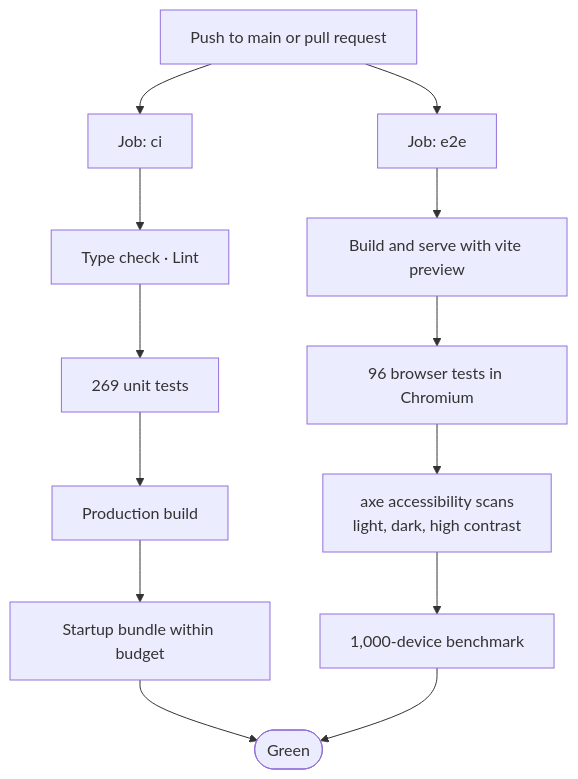
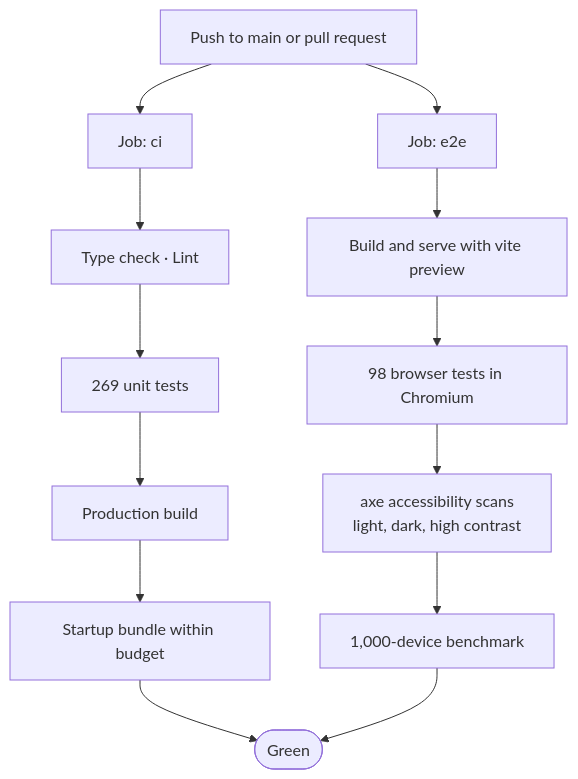
Before and after one commit to vijaykumargowdakk/ReSecArc: diagram 29 of 32 in README.md, drawn with Mermaid. The commit also changed other lines of this file and 12 other files, not shown here.

````diff
--- a/README.md
+++ b/README.md
@@ -1282,15 +1282,15 @@
 ```mermaid
 flowchart TB
     PUSH["Push to main or pull request"] --> J1["Job: ci"]
     PUSH --> J2["Job: e2e"]
     J1 --> A1["Type check · Lint"]
     A1 --> A2["269 unit tests"]
     A2 --> A3["Production build"]
     A3 --> A4["Startup bundle within budget"]
     J2 --> B1["Build and serve with vite preview"]
-    B1 --> B2["96 browser tests in Chromium"]
+    B1 --> B2["98 browser tests in Chromium"]
     B2 --> B3["axe accessibility scans<br/>light, dark, high contrast"]
     B3 --> B4["1,000-device benchmark"]
     A4 --> OK(["Green"])
     B4 --> OK
 ```
````
